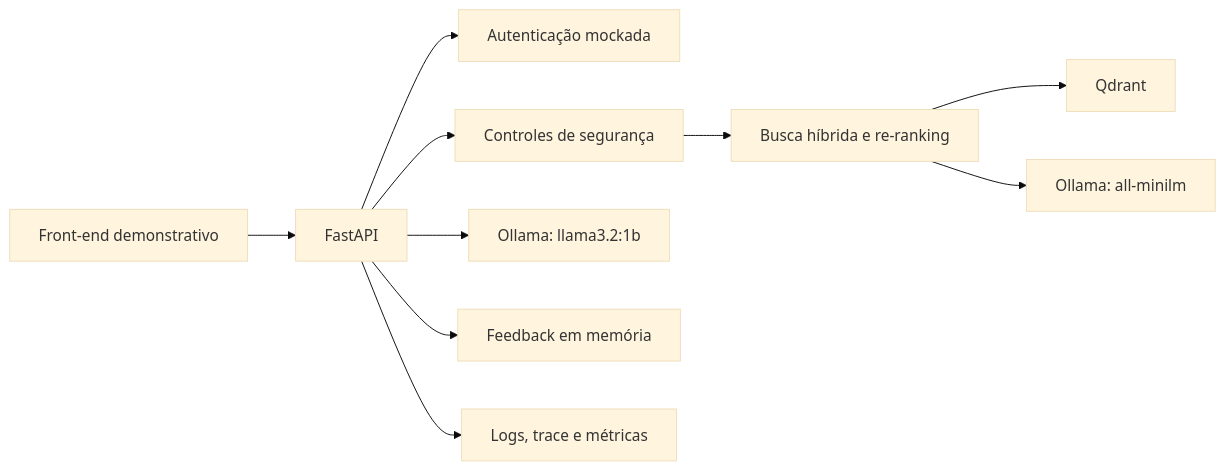
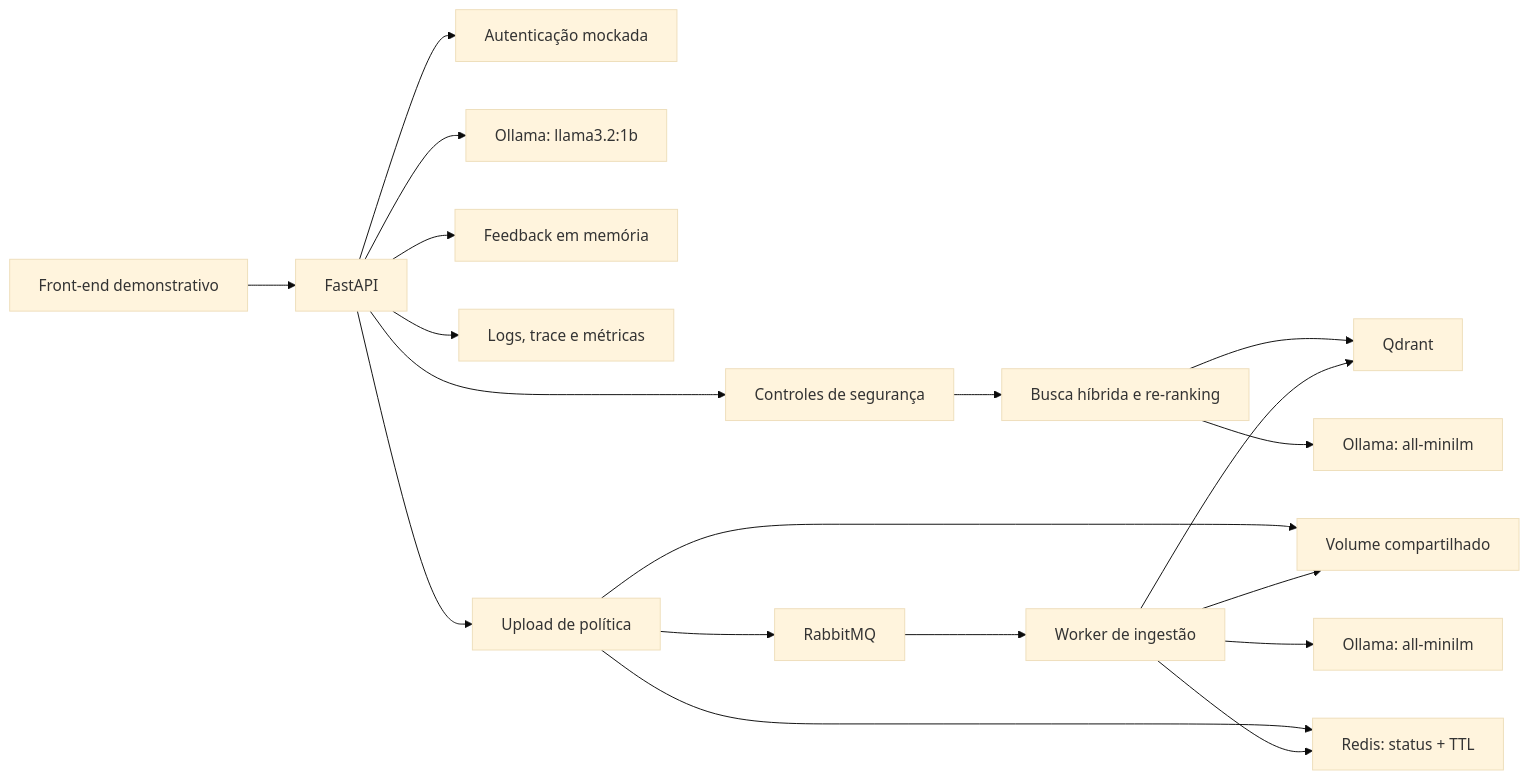
The first of 2 diagrams in docs/rag-arquitetura-explicacao-local-v1.md (yhenriux/onfly-policy-copilot), drawn with Mermaid (base theme) before and after one commit. The commit also changed other lines of this file and 11 other files, not shown here.

Commit message:
docs: audit architecture and operational documentation

````diff
--- a/docs/rag-arquitetura-explicacao-local-v1.md
+++ b/docs/rag-arquitetura-explicacao-local-v1.md
@@ -7,12 +7,21 @@
 ```mermaid
 flowchart LR
     Browser["Front-end demonstrativo"] --> API["FastAPI"]
     API --> Auth["Autenticação mockada"]
     API --> Guard["Controles de segurança"]
     Guard --> Retrieval["Busca híbrida e re-ranking"]
     Retrieval --> Qdrant["Qdrant"]
-    Retrieval --> Ollama["Ollama: all-minilm"]
-    API --> Ollama2["Ollama: llama3.2:1b"]
+    Retrieval --> OllamaQuery["Ollama: all-minilm"]
+    API --> OllamaAnswer["Ollama: llama3.2:1b"]
     API --> Feedback["Feedback em memória"]
     API --> Obs["Logs, trace e métricas"]
+    API --> Upload["Upload de política"]
+    Upload --> Shared["Volume compartilhado"]
+    Upload --> Jobs["RabbitMQ"]
+    Upload --> JobStatus["Redis: status + TTL"]
+    Jobs --> Worker["Worker de ingestão"]
+    Worker --> Shared
+    Worker --> OllamaEmbed["Ollama: all-minilm"]
+    Worker --> Qdrant
+    Worker --> JobStatus
 ```
````
